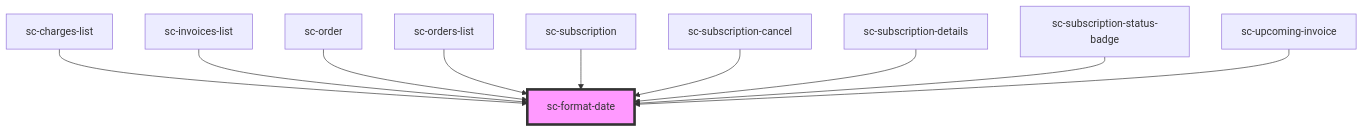
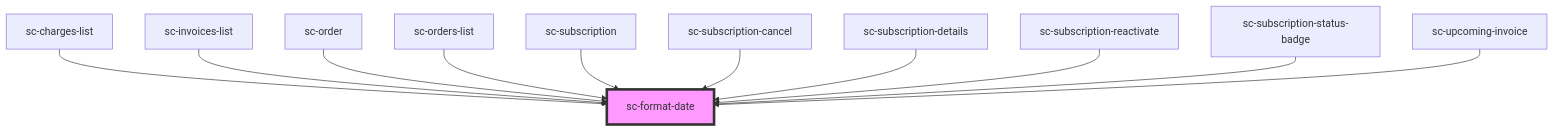
One commit to surecart/surecart-wp-plugin changed the diagram in packages/components/src/components/util/format-date/readme.md. Above: the diagram before and after it, drawn with Mermaid. The commit also changed other lines of this file and 23 other files, not shown here.

Commit message:
Add a way to reactivate a cancelled subscription from the customer side.

````diff
--- a/packages/components/src/components/util/format-date/readme.md
+++ b/packages/components/src/components/util/format-date/readme.md
@@ -43,13 +44,14 @@
 ```mermaid
 graph TD;
   sc-charges-list --> sc-format-date
   sc-invoices-list --> sc-format-date
   sc-order --> sc-format-date
   sc-orders-list --> sc-format-date
   sc-subscription --> sc-format-date
   sc-subscription-cancel --> sc-format-date
   sc-subscription-details --> sc-format-date
+  sc-subscription-reactivate --> sc-format-date
   sc-subscription-status-badge --> sc-format-date
   sc-upcoming-invoice --> sc-format-date
   style sc-format-date fill:#f9f,stroke:#333,stroke-width:4px
 ```
````
